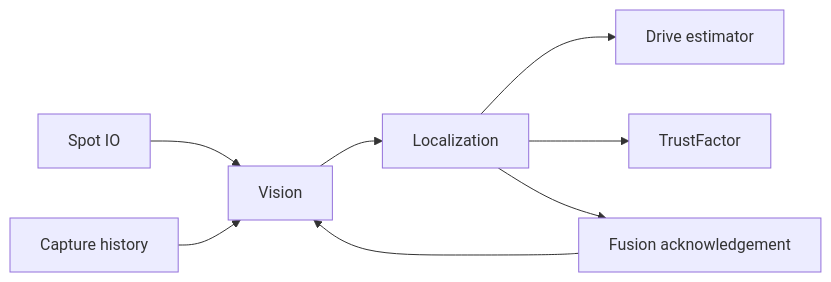
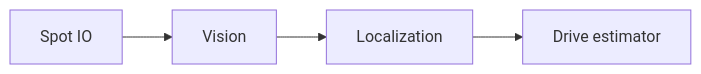
One commit to team581/spot changed the diagram in docs/operator/10-java.md. Above: the diagram before and after it, drawn with Mermaid. The commit also changed other lines of this file and 25 other files, not shown here.

````diff
--- a/docs/operator/10-java.md
+++ b/docs/operator/10-java.md
@@ -30,10 +10,6 @@
 ```mermaid
 flowchart LR
   Spot[Spot IO] --> Vision[Vision]
-  History[Capture history] --> Vision
   Vision --> Localization[Localization]
   Localization --> Estimator[Drive estimator]
-  Localization --> Trust[TrustFactor]
-  Localization --> Ack[Fusion acknowledgement]
-  Ack --> Vision
 ```
````
